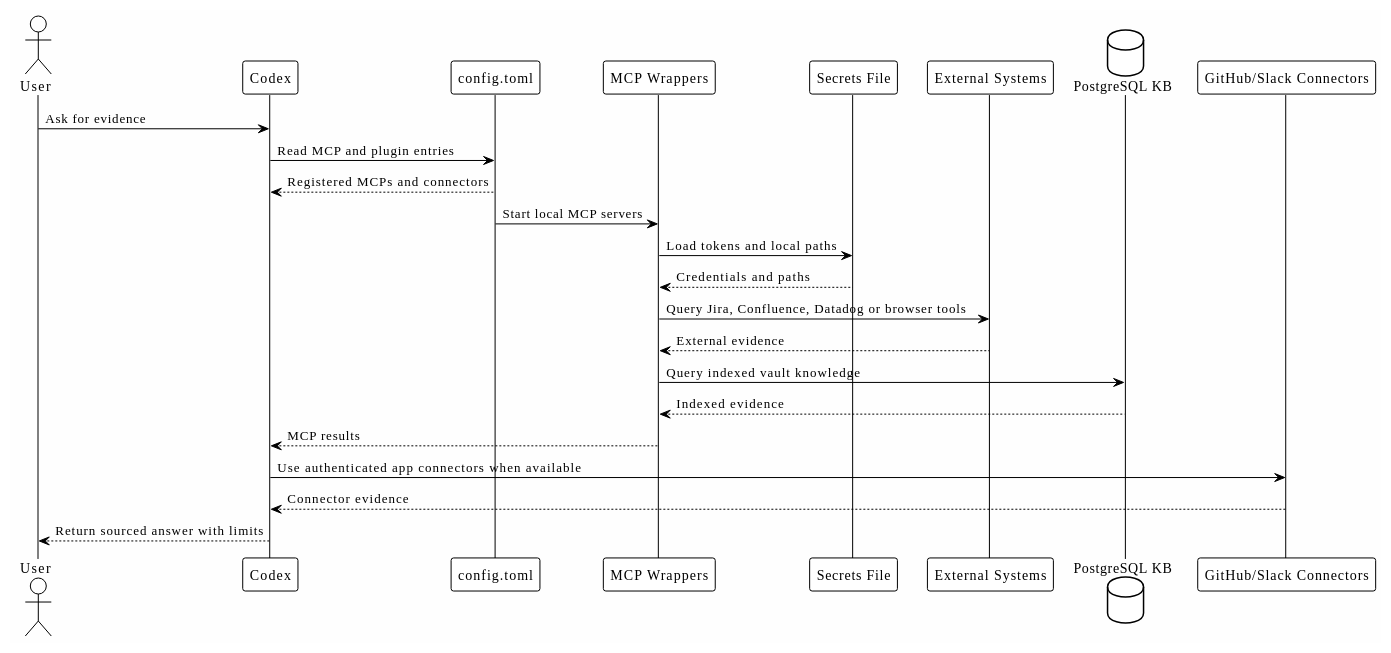
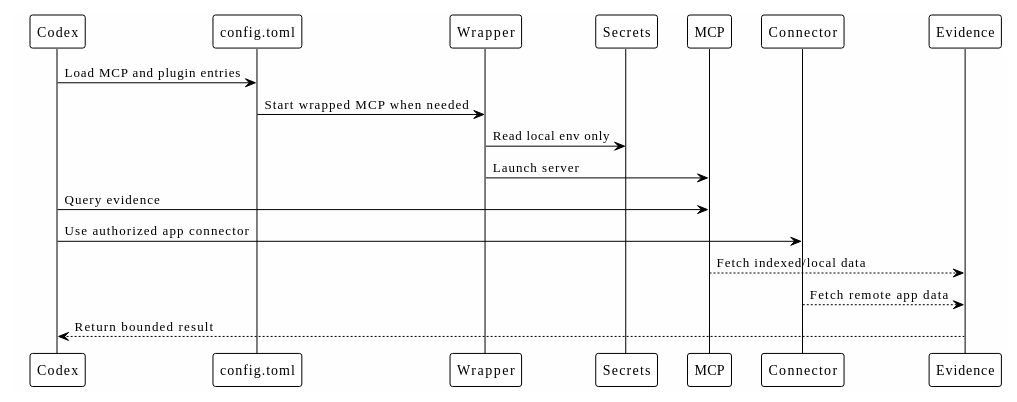
The diagram in docs/09-mcp-and-connectors-setup.md (ivanhoinacki/codex-workflow-workbook), drawn with PlantUML before and after one commit. The commit also changed other lines of this file and 39 other files, not shown here.

````diff
--- a/docs/09-mcp-and-connectors-setup.md
+++ b/docs/09-mcp-and-connectors-setup.md
@@ -35,30 +37,24 @@
 ```plantuml
 @startuml
 !theme plain
 skinparam backgroundColor #FEFEFE
 
-actor User
 participant Codex
 participant "config.toml" as Config
-participant "MCP Wrappers" as Wrappers
-participant "Secrets File" as Secrets
-participant "External Systems" as External
-database "PostgreSQL KB" as DB
-participant "GitHub/Slack Connectors" as Connectors
+participant Wrapper
+participant Secrets
+participant MCP
+participant Connector
+participant Evidence
 
-User -> Codex: Ask for evidence
-Codex -> Config: Read MCP and plugin entries
-Config --> Codex: Registered MCPs and connectors
-Config -> Wrappers: Start local MCP servers
-Wrappers -> Secrets: Load tokens and local paths
-Secrets --> Wrappers: Credentials and paths
-Wrappers -> External: Query Jira, Confluence, Datadog or browser tools
-External --> Wrappers: External evidence
-Wrappers -> DB: Query indexed vault knowledge
-DB --> Wrappers: Indexed evidence
-Wrappers --> Codex: MCP results
-Codex -> Connectors: Use authenticated app connectors when available
-Connectors --> Codex: Connector evidence
-Codex --> User: Return sourced answer with limits
+Codex -> Config: Load MCP and plugin entries
+Config -> Wrapper: Start wrapped MCP when needed
+Wrapper -> Secrets: Read local env only
+Wrapper -> MCP: Launch server
+Codex -> MCP: Query evidence
+Codex -> Connector: Use authorized app connector
+MCP --> Evidence: Fetch indexed/local data
+Connector --> Evidence: Fetch remote app data
+Evidence --> Codex: Return bounded result
 @enduml
 ```
````
